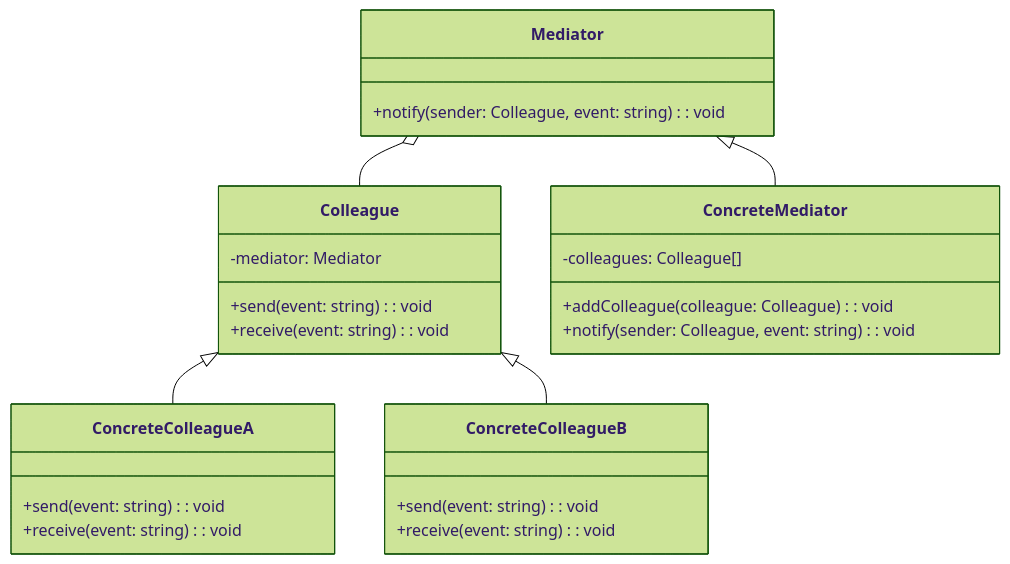
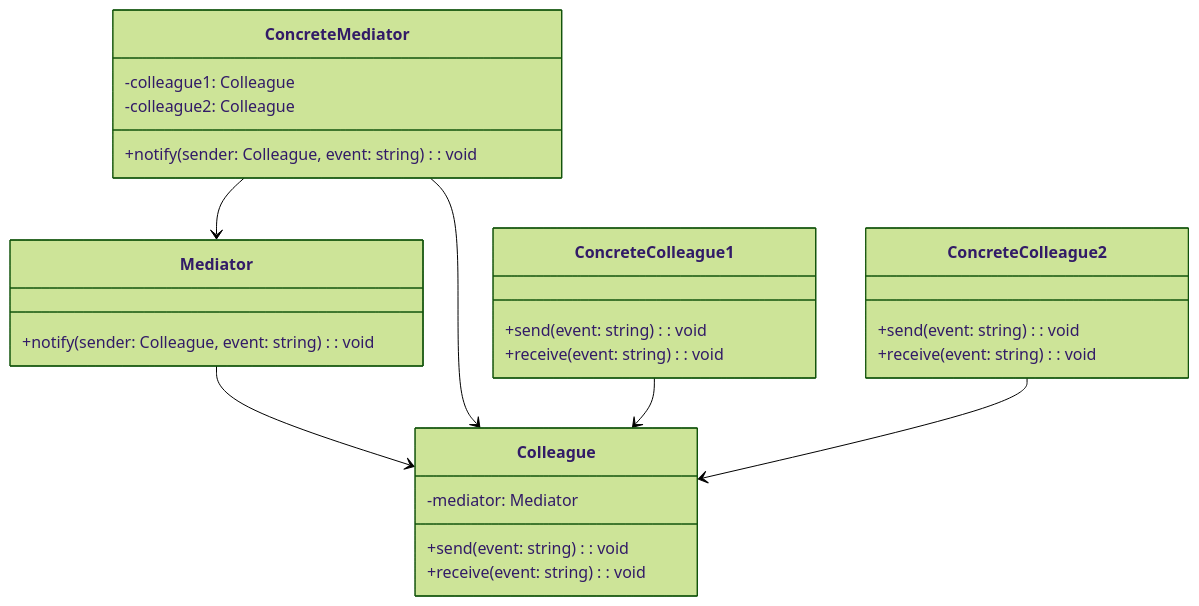
One commit to skynoid2612/design-patterns-for-clean-architecture changed the diagram in md/design_pattern_Mediator.md. Above: the diagram before and after it, drawn with Mermaid (forest theme). The commit also changed other lines of this file and 23 other files, not shown here.

````diff
--- a/md/design_pattern_Mediator.md
+++ b/md/design_pattern_Mediator.md
@@ -38,33 +42,34 @@
 ```mermaid
 classDiagram
   class Mediator {
     +notify(sender: Colleague, event: string): void
   }
 
   class Colleague {
     -mediator: Mediator
     +send(event: string): void
     +receive(event: string): void
   }
 
   class ConcreteMediator {
-    -colleagues: Colleague[]
-    +addColleague(colleague: Colleague): void
+    -colleague1: Colleague
+    -colleague2: Colleague
     +notify(sender: Colleague, event: string): void
   }
 
-  class ConcreteColleagueA {
+  class ConcreteColleague1 {
     +send(event: string): void
     +receive(event: string): void
   }
 
-  class ConcreteColleagueB {
+  class ConcreteColleague2 {
     +send(event: string): void
     +receive(event: string): void
   }
 
-  Mediator o-- Colleague
-  Mediator <|-- ConcreteMediator
-  Colleague <|-- ConcreteColleagueA
-  Colleague <|-- ConcreteColleagueB
+  Mediator --> Colleague
+  ConcreteMediator --> Colleague
+  ConcreteColleague1 --> Colleague
+  ConcreteColleague2 --> Colleague
+  ConcreteMediator --> Mediator
 ```
````
